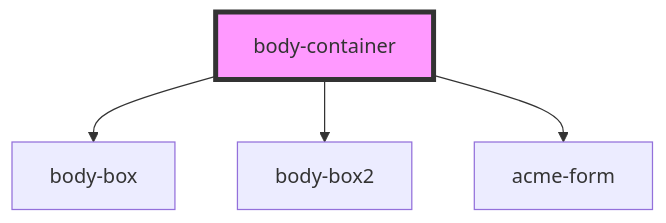
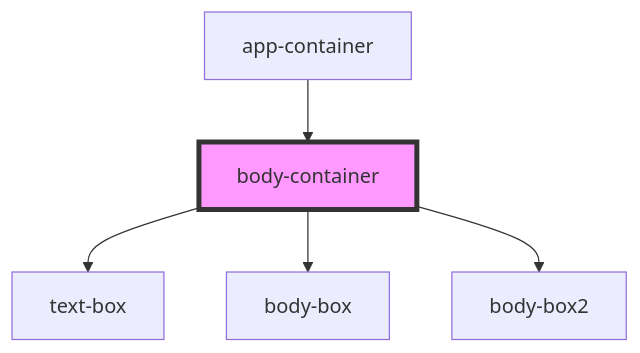
One commit to LucaArgentieri/ACME-Enterprise changed the diagram in src/components/body-container/readme.md. Above: the diagram before and after it, drawn with Mermaid. The commit also changed other lines of this file and 9 other files, not shown here.

````diff
--- a/src/components/body-container/readme.md
+++ b/src/components/body-container/readme.md
@@ -17,7 +21,8 @@
 ```mermaid
 graph TD;
+  body-container --> text-box
   body-container --> body-box
   body-container --> body-box2
-  body-container --> acme-form
+  app-container --> body-container
   style body-container fill:#f9f,stroke:#333,stroke-width:4px
 ```
````
